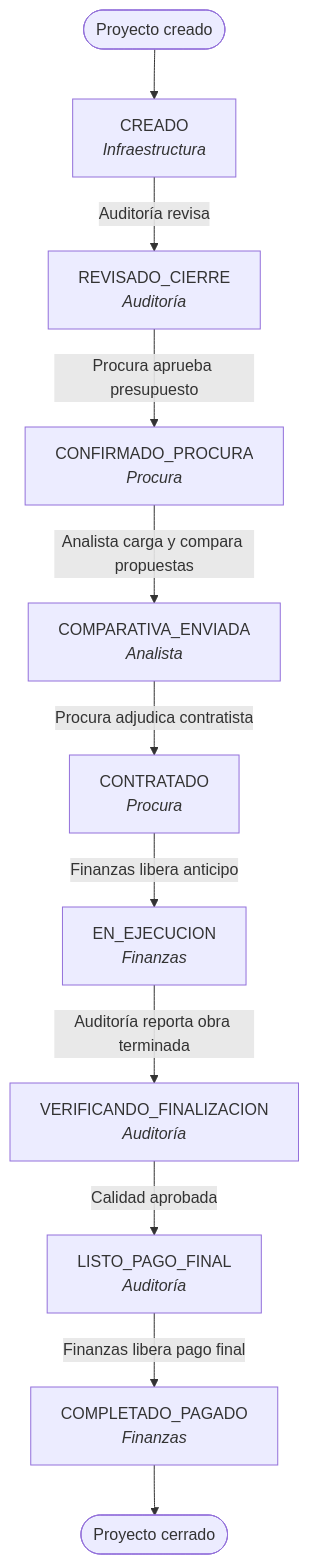
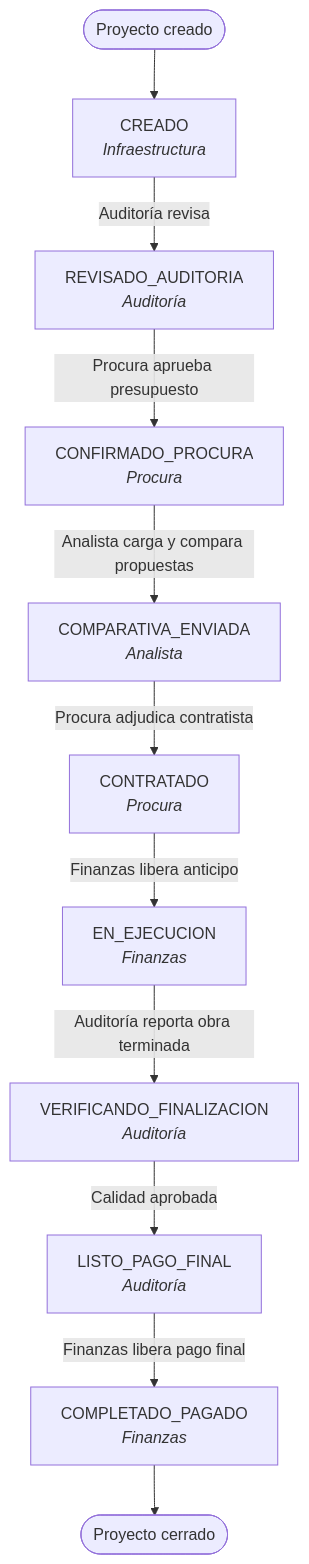
Before and after one commit to ProgramadorWebIvoo/infraestructura-back: the diagram in docs/DIAGRAM_APP.md, drawn with Mermaid. The commit also changed 23 other files, not shown here.

First line of the commit message:
refactor(projects): renombrar estados *_CIERRE a *_AUDITORIA

````diff
--- a/docs/DIAGRAM_APP.md
+++ b/docs/DIAGRAM_APP.md
@@ -2,18 +2,18 @@
 ```mermaid
 flowchart TD
     Start(["Proyecto creado"]) --> CREADO
 
-    CREADO["CREADO<br/><i>Infraestructura</i>"] -->|Auditoría revisa| REVISADO["REVISADO_CIERRE<br/><i>Auditoría</i>"]
+    CREADO["CREADO<br/><i>Infraestructura</i>"] -->|Auditoría revisa| REVISADO["REVISADO_AUDITORIA<br/><i>Auditoría</i>"]
     REVISADO -->|Procura aprueba presupuesto| CONFIRMADO["CONFIRMADO_PROCURA<br/><i>Procura</i>"]
     CONFIRMADO -->|Analista carga y compara propuestas| COMPARATIVA["COMPARATIVA_ENVIADA<br/><i>Analista</i>"]
 
     COMPARATIVA -->|Procura adjudica contratista| CONTRATADO["CONTRATADO<br/><i>Procura</i>"]
 
     CONTRATADO -->|Finanzas libera anticipo| EJECUCION["EN_EJECUCION<br/><i>Finanzas</i>"]
     EJECUCION -->|Auditoría reporta obra terminada| VERIFICANDO["VERIFICANDO_FINALIZACION<br/><i>Auditoría</i>"]
 
     VERIFICANDO -->|Calidad aprobada| LISTO["LISTO_PAGO_FINAL<br/><i>Auditoría</i>"]
 
     LISTO -->|Finanzas libera pago final| COMPLETADO["COMPLETADO_PAGADO<br/><i>Finanzas</i>"]
     COMPLETADO --> End(["Proyecto cerrado"])
 ```
````
